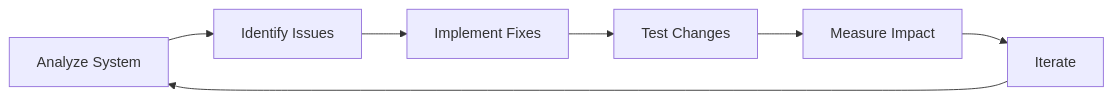
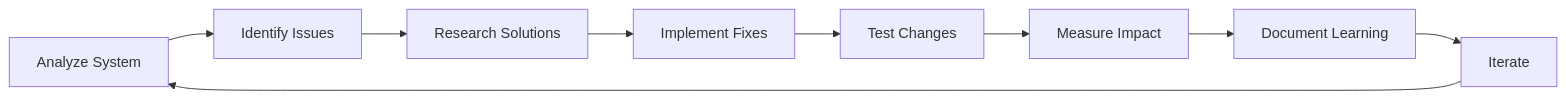
Before and after one commit to Modular-Earth-LLC/job-finding-assistant: the second of 2 diagrams in utility_prompts/improve_job_finding_workflow.user.prompt.md, drawn with Mermaid. The commit also changed other lines of this file and 4 other files, not shown here.

````diff
--- a/utility_prompts/improve_job_finding_workflow.user.prompt.md
+++ b/utility_prompts/improve_job_finding_workflow.user.prompt.md
@@ -443,9 +777,11 @@
 ```mermaid
 graph LR
     A[Analyze System] --> B[Identify Issues]
-    B --> C[Implement Fixes]
-    C --> D[Test Changes]
-    D --> E[Measure Impact]
-    E --> F[Iterate]
-    F --> A
+    B --> C[Research Solutions]
+    C --> D[Implement Fixes]
+    D --> E[Test Changes]
+    E --> F[Measure Impact]
+    F --> G[Document Learning]
+    G --> H[Iterate]
+    H --> A
 ```
````
